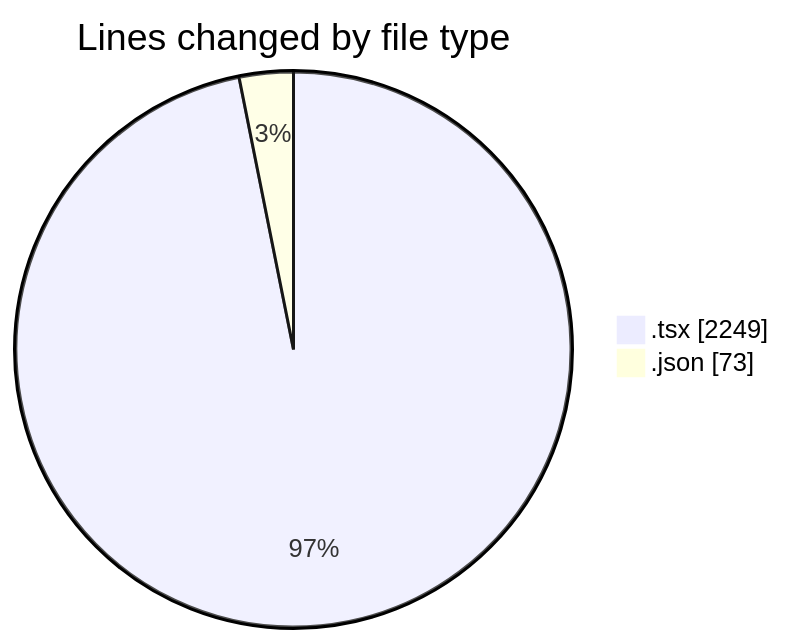
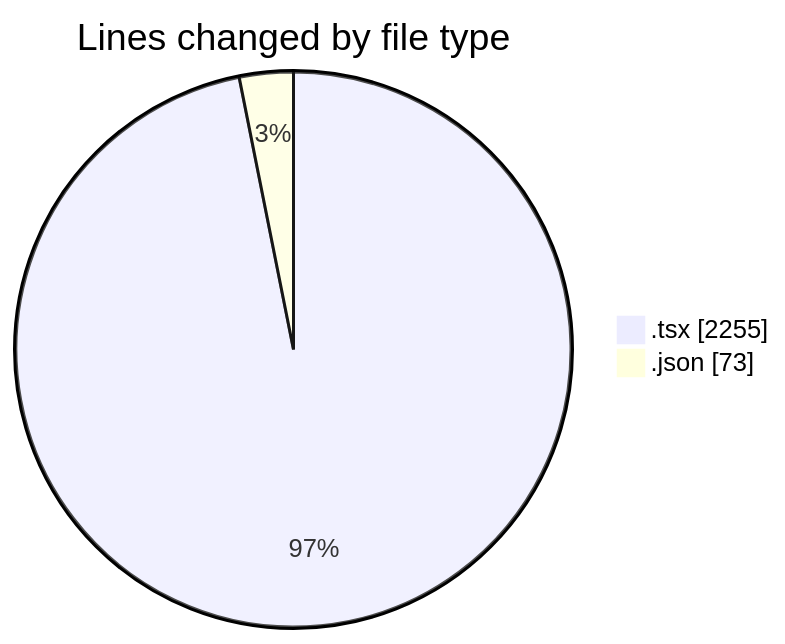
The first of 2 diagrams in 2025-10-02/cda/README.md (momahboobian/code-tracking), drawn with Mermaid before and after one commit. The commit also changed other lines of this file and 1 other file, not shown here.

````diff
--- a/2025-10-02/cda/README.md
+++ b/2025-10-02/cda/README.md
@@ -23,6 +23,6 @@
 ```mermaid
 pie showData
 title Lines changed by file type
-".tsx" : 2249
+".tsx" : 2255
 ".json" : 73
 ```
````
